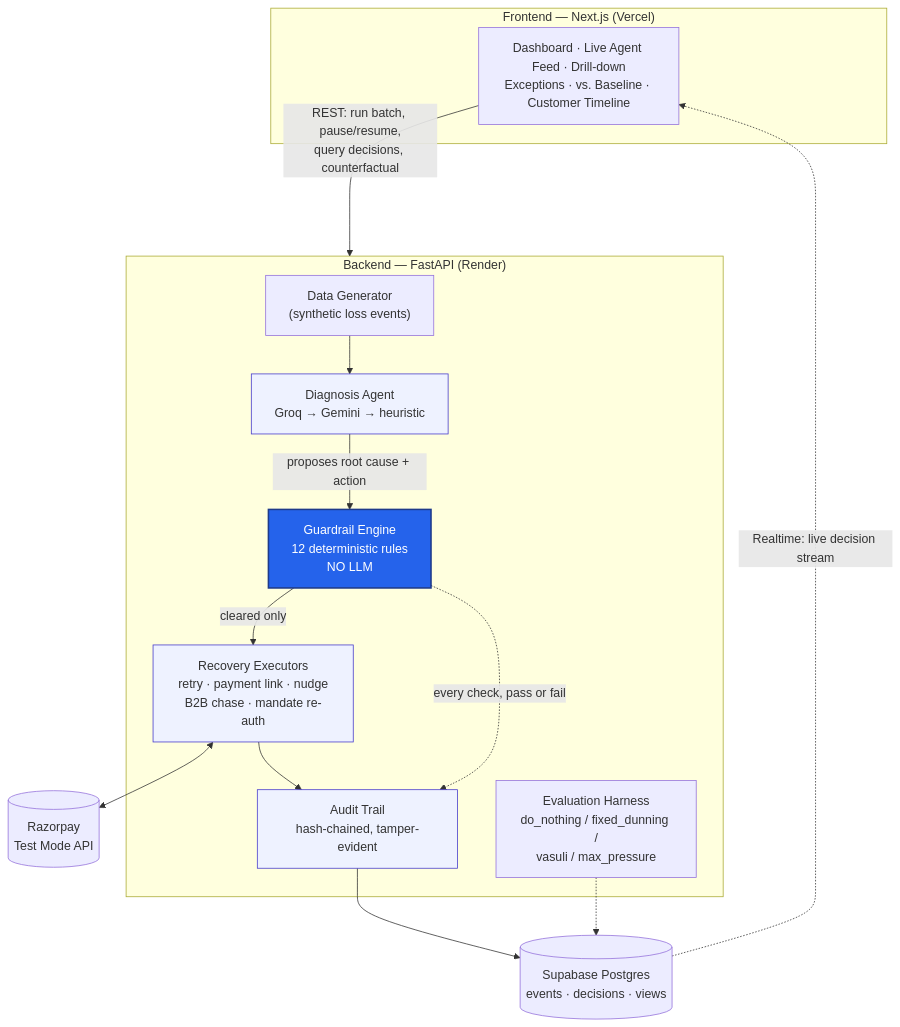
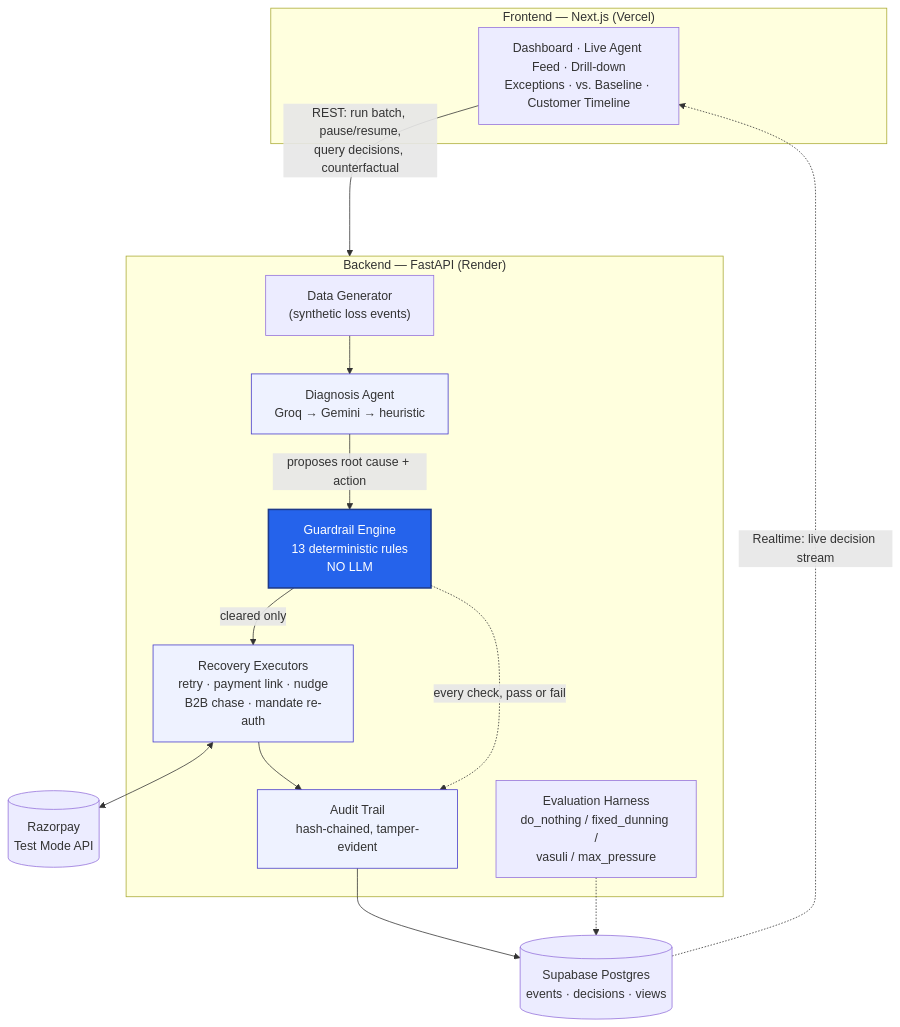
One commit to ChachanNaman/vasuli-ai changed the first of 2 diagrams in docs/architecture.md. Above: the diagram before and after it, drawn with Mermaid. The commit also changed other lines of this file and 18 other files, not shown here.

First line of the commit message:
Add promise-to-pay guardrail, seed-stability check, and LLM-vs-heuristic agreement

````diff
--- a/docs/architecture.md
+++ b/docs/architecture.md
@@ -5,35 +5,35 @@
 ```mermaid
 flowchart TB
     subgraph FE["Frontend — Next.js (Vercel)"]
         UI["Dashboard · Live Agent Feed · Drill-down\nExceptions · vs. Baseline · Customer Timeline"]
     end
 
     subgraph BE["Backend — FastAPI (Render)"]
         GEN["Data Generator\n(synthetic loss events)"]
         DIAG["Diagnosis Agent\nGroq → Gemini → heuristic"]
-        GUARD["Guardrail Engine\n12 deterministic rules\nNO LLM"]
+        GUARD["Guardrail Engine\n13 deterministic rules\nNO LLM"]
         EXEC["Recovery Executors\nretry · payment link · nudge\nB2B chase · mandate re-auth"]
         AUDIT["Audit Trail\nhash-chained, tamper-evident"]
         EVAL["Evaluation Harness\ndo_nothing / fixed_dunning /\nvasuli / max_pressure"]
     end
 
     RZP[("Razorpay\nTest Mode API")]
     DB[("Supabase Postgres\nevents · decisions · views")]
 
     UI -- "REST: run batch, pause/resume,\nquery decisions, counterfactual" --> BE
     DB -. "Realtime: live decision stream" .-> UI
 
     GEN --> DIAG
     DIAG -- "proposes root cause + action" --> GUARD
     GUARD -- "cleared only" --> EXEC
     EXEC <--> RZP
     EXEC --> AUDIT
     GUARD -. "every check, pass or fail" .-> AUDIT
     AUDIT --> DB
     EVAL -.-> DB
 
     style GUARD fill:#2563eb,color:#fff,stroke:#1e3a8a,stroke-width:2px
     style DIAG fill:#eef2ff,stroke:#4338ca
     style EXEC fill:#eef2ff,stroke:#4338ca
     style AUDIT fill:#eef2ff,stroke:#4338ca
 ```
````
